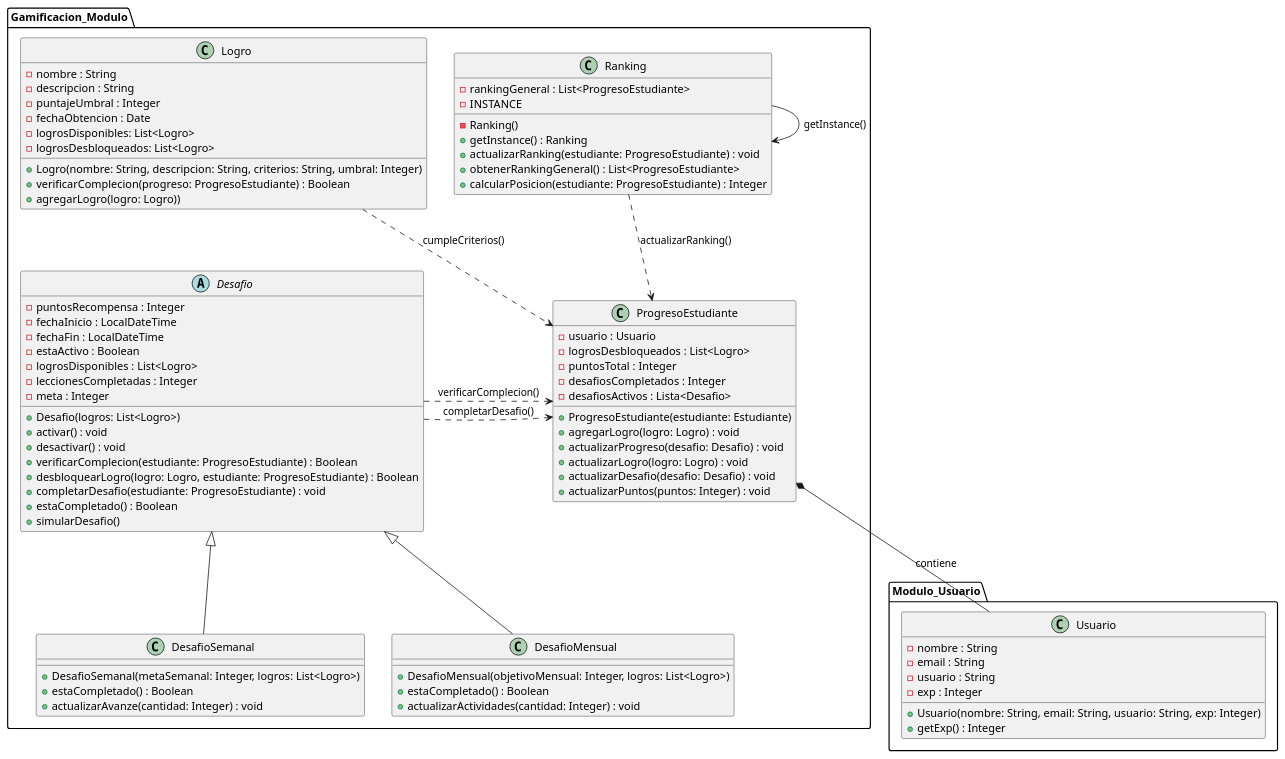
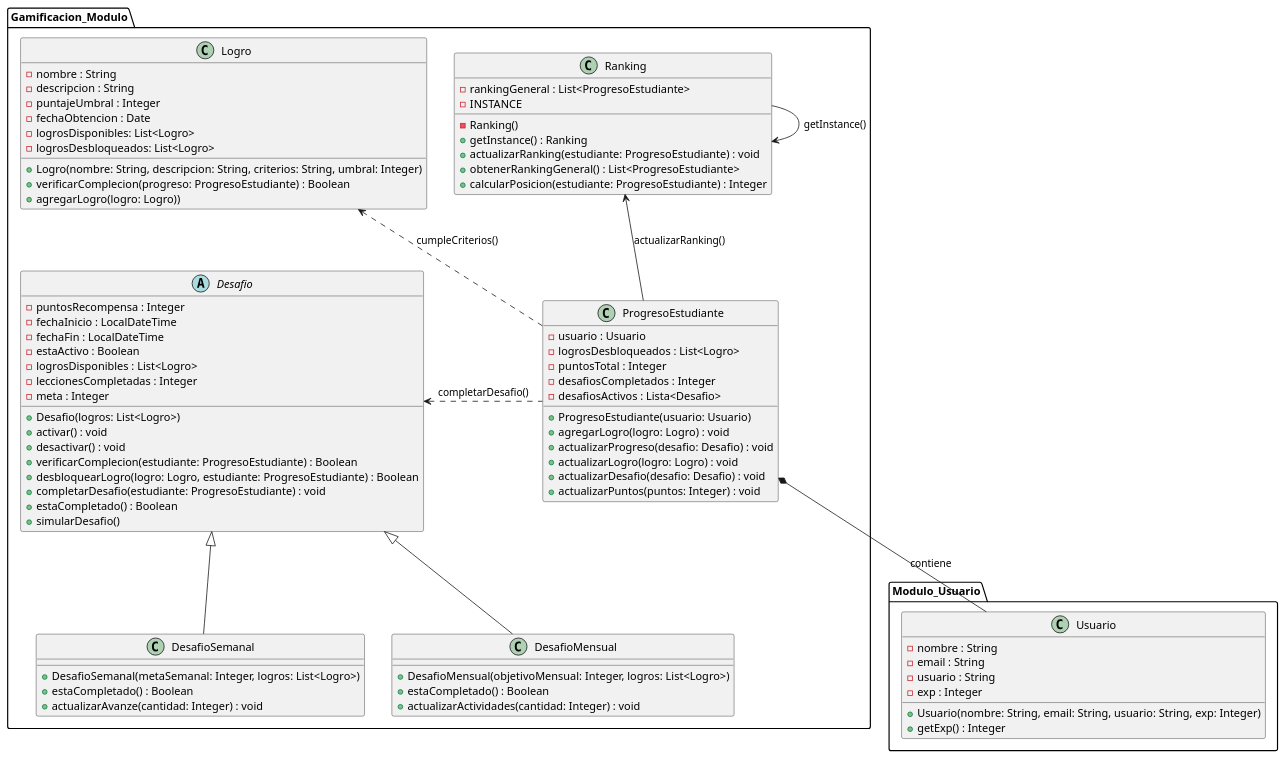
Before and after one commit to FernandoHuilca/HelloCode_Software: the diagram in src/main/java/Gamificacion_Modulo/Gamificación_Diagrama/DiagramaClasesGamificacion.puml, drawn with PlantUML. The commit also changed 1 other file, not shown here.

Commit message:
Actualizacion del diagrama de clases de gamificacion

```diff
--- a/src/main/java/Gamificacion_Modulo/Gamificación_Diagrama/DiagramaClasesGamificacion.puml
+++ b/src/main/java/Gamificacion_Modulo/Gamificación_Diagrama/DiagramaClasesGamificacion.puml
@@ -1,104 +1,103 @@
 @startuml
 package Modulo_Usuario {
 
     class Usuario {
             - nombre : String
             - email : String
             - usuario : String
             - exp : Integer
             + Usuario(nombre: String, email: String, usuario: String, exp: Integer)
             + getExp() : Integer
         }
 
 }
 
 package "Gamificacion_Modulo" {
 
     class Logro {
         - nombre : String
         - descripcion : String
         - puntajeUmbral : Integer
         - fechaObtencion : Date
         - logrosDisponibles: List<Logro>
         - logrosDesbloqueados: List<Logro>
         + Logro(nombre: String, descripcion: String, criterios: String, umbral: Integer)
         + verificarComplecion(progreso: ProgresoEstudiante) : Boolean
         'Hablar de agregarLogro
         +agregarLogro(logro: Logro))
     }
 
     abstract class Desafio {
         - puntosRecompensa : Integer
         - fechaInicio : LocalDateTime
         - fechaFin : LocalDateTime
         - estaActivo : Boolean
         - logrosDisponibles : List<Logro>
         - leccionesCompletadas : Integer
         - meta : Integer
         'Cual es la diferencia entre verificarComplecion y estaCompletado?
         + Desafio(logros: List<Logro>)
         + activar() : void
         + desactivar() : void
         + verificarComplecion(estudiante: ProgresoEstudiante) : Boolean
         + desbloquearLogro(logro: Logro, estudiante: ProgresoEstudiante) : Boolean
         + completarDesafio(estudiante: ProgresoEstudiante) : void
         + estaCompletado() : Boolean
         + simularDesafio()
     }
 
     class DesafioSemanal {
 
         + DesafioSemanal(metaSemanal: Integer, logros: List<Logro>)
         + estaCompletado() : Boolean
         + actualizarAvanze(cantidad: Integer) : void
     }
 
     class DesafioMensual {
 
         + DesafioMensual(objetivoMensual: Integer, logros: List<Logro>)
         + estaCompletado() : Boolean
         + actualizarActividades(cantidad: Integer) : void
     }
 
     class ProgresoEstudiante {
         - usuario : Usuario
         - logrosDesbloqueados : List<Logro>
         - puntosTotal : Integer
         - desafiosCompletados : Integer
         - desafiosActivos : Lista<Desafio>
 
-        + ProgresoEstudiante(estudiante: Estudiante)
+        + ProgresoEstudiante(usuario: Usuario)
         + agregarLogro(logro: Logro) : void
         + actualizarProgreso(desafio: Desafio) : void
         + actualizarLogro(logro: Logro) : void
         + actualizarDesafio(desafio: Desafio) : void
         + actualizarPuntos(puntos: Integer) : void
     }
 
     class Ranking {
         - rankingGeneral : List<ProgresoEstudiante>
         -INSTANCE
         - Ranking()
         + getInstance() : Ranking
         + actualizarRanking(estudiante: ProgresoEstudiante) : void
         + obtenerRankingGeneral() : List<ProgresoEstudiante>
         + calcularPosicion(estudiante: ProgresoEstudiante) : Integer
     }
     Ranking ->Ranking: getInstance()
     ' Relaciones de Herencia
     Desafio <|-- DesafioSemanal
     Desafio <|-- DesafioMensual
 
     ' Relaciones de Composición
     ProgresoEstudiante *-- Usuario : "contiene"
 
 
     ' Relaciones de Dependencia
-    Logro ..> ProgresoEstudiante : "cumpleCriterios()"
-    Desafio .> ProgresoEstudiante : "verificarComplecion()"
-    Desafio .> ProgresoEstudiante : "completarDesafio()"
-    Ranking ..> ProgresoEstudiante : "actualizarRanking()"
+    Logro <.. ProgresoEstudiante : "cumpleCriterios()"
+    Desafio <. ProgresoEstudiante : "completarDesafio()"
+    Ranking <-- ProgresoEstudiante : "actualizarRanking()"
 
 }
 
 @enduml
```
